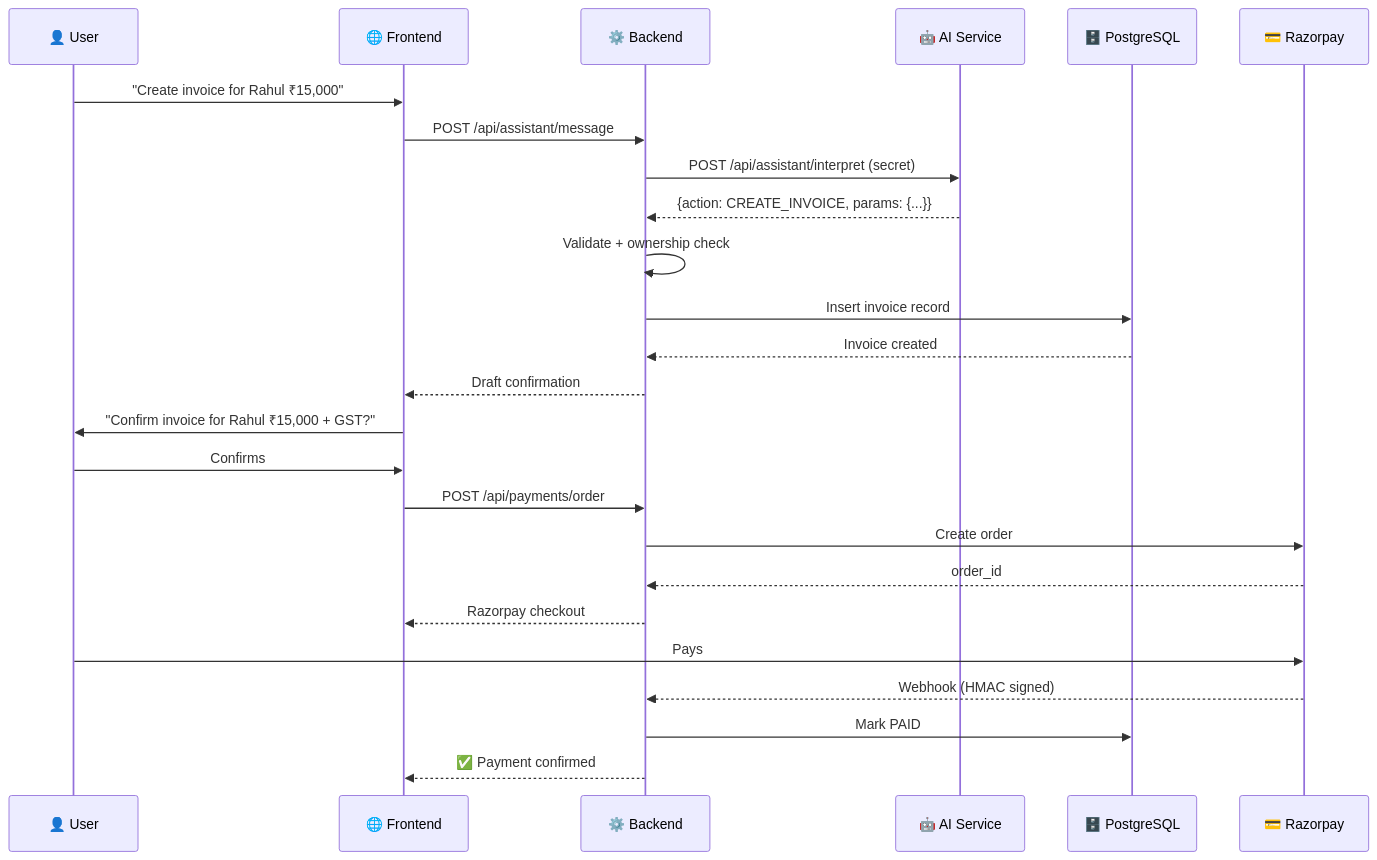
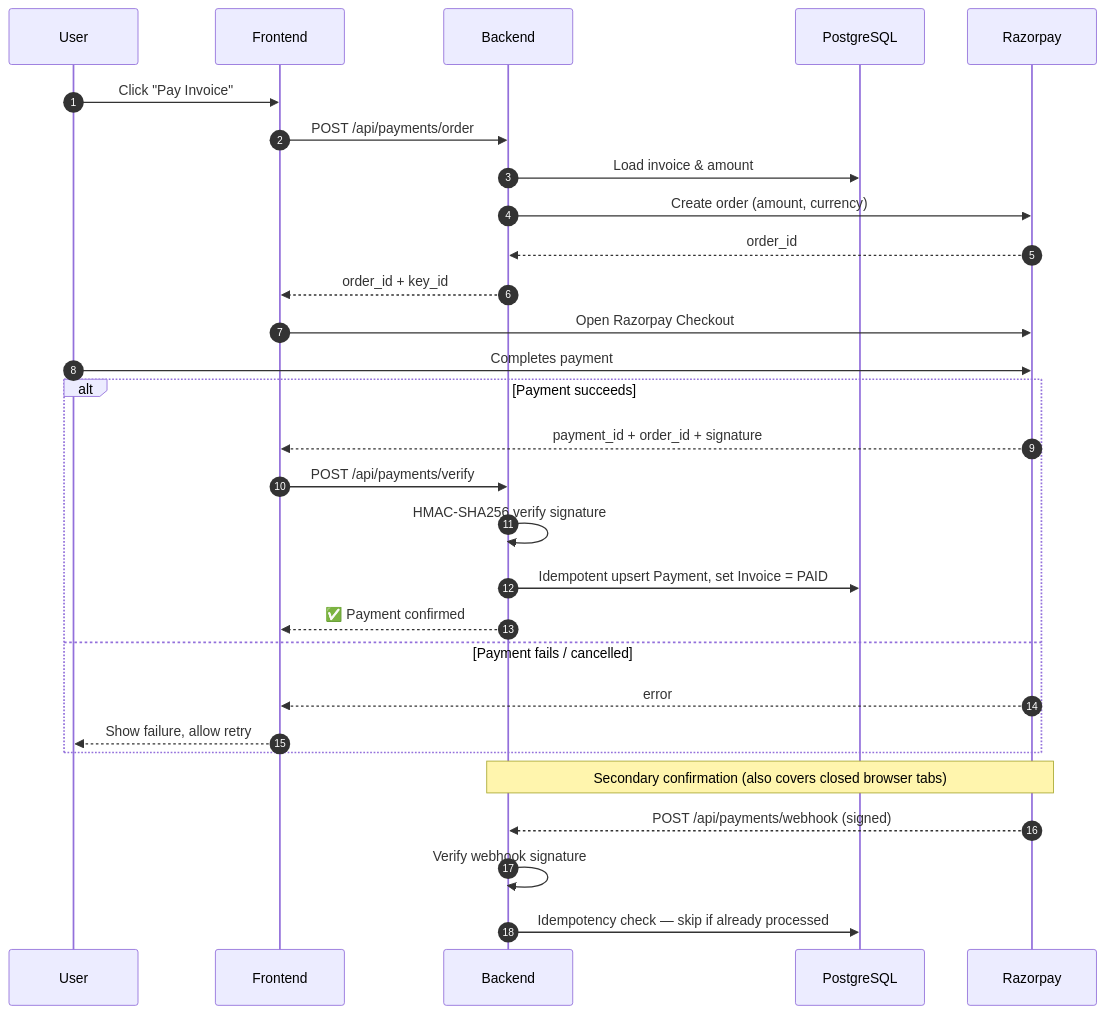
The fifth of 6 diagrams in README.md (aryan24cse109-dev/Wealthra-ai), drawn with Mermaid before and after one commit. The commit also changed other lines of this file and 3 other files, not shown here.

````diff
--- a/README.md
+++ b/README.md
@@ -204,28 +403,34 @@
 ```mermaid
 sequenceDiagram
-    participant U as 👤 User
-    participant FE as 🌐 Frontend
-    participant BE as ⚙️ Backend
-    participant AI as 🤖 AI Service
-    participant DB as 🗄️ PostgreSQL
-    participant RZP as 💳 Razorpay
+    autonumber
+    participant U as User
+    participant FE as Frontend
+    participant BE as Backend
+    participant DB as PostgreSQL
+    participant RZP as Razorpay
 
-    U->>FE: "Create invoice for Rahul ₹15,000"
-    FE->>BE: POST /api/assistant/message
-    BE->>AI: POST /api/assistant/interpret (secret)
-    AI-->>BE: {action: CREATE_INVOICE, params: {...}}
-    BE->>BE: Validate + ownership check
-    BE->>DB: Insert invoice record
-    DB-->>BE: Invoice created
-    BE-->>FE: Draft confirmation
-    FE->>U: "Confirm invoice for Rahul ₹15,000 + GST?"
-    U->>FE: Confirms
+    U->>FE: Click "Pay Invoice"
     FE->>BE: POST /api/payments/order
-    BE->>RZP: Create order
+    BE->>DB: Load invoice & amount
+    BE->>RZP: Create order (amount, currency)
     RZP-->>BE: order_id
-    BE-->>FE: Razorpay checkout
-    U->>RZP: Pays
-    RZP-->>BE: Webhook (HMAC signed)
-    BE->>DB: Mark PAID
-    BE-->>FE: ✅ Payment confirmed
+    BE-->>FE: order_id + key_id
+    FE->>RZP: Open Razorpay Checkout
+    U->>RZP: Completes payment
+
+    alt Payment succeeds
+        RZP-->>FE: payment_id + order_id + signature
+        FE->>BE: POST /api/payments/verify
+        BE->>BE: HMAC-SHA256 verify signature
+        BE->>DB: Idempotent upsert Payment, set Invoice = PAID
+        BE-->>FE: ✅ Payment confirmed
+    else Payment fails / cancelled
+        RZP-->>FE: error
+        FE-->>U: Show failure, allow retry
+    end
+
+    Note over RZP,BE: Secondary confirmation (also covers closed browser tabs)
+    RZP-->>BE: POST /api/payments/webhook (signed)
+    BE->>BE: Verify webhook signature
+    BE->>DB: Idempotency check — skip if already processed
 ```
````
